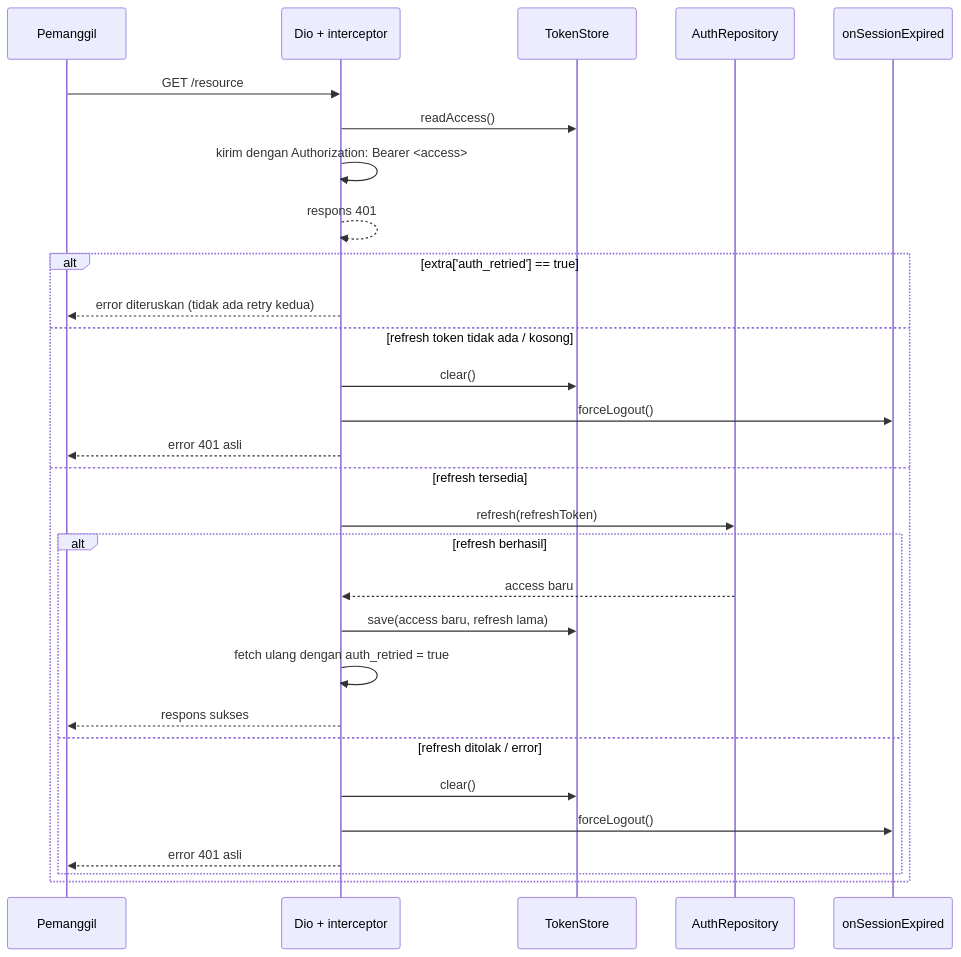
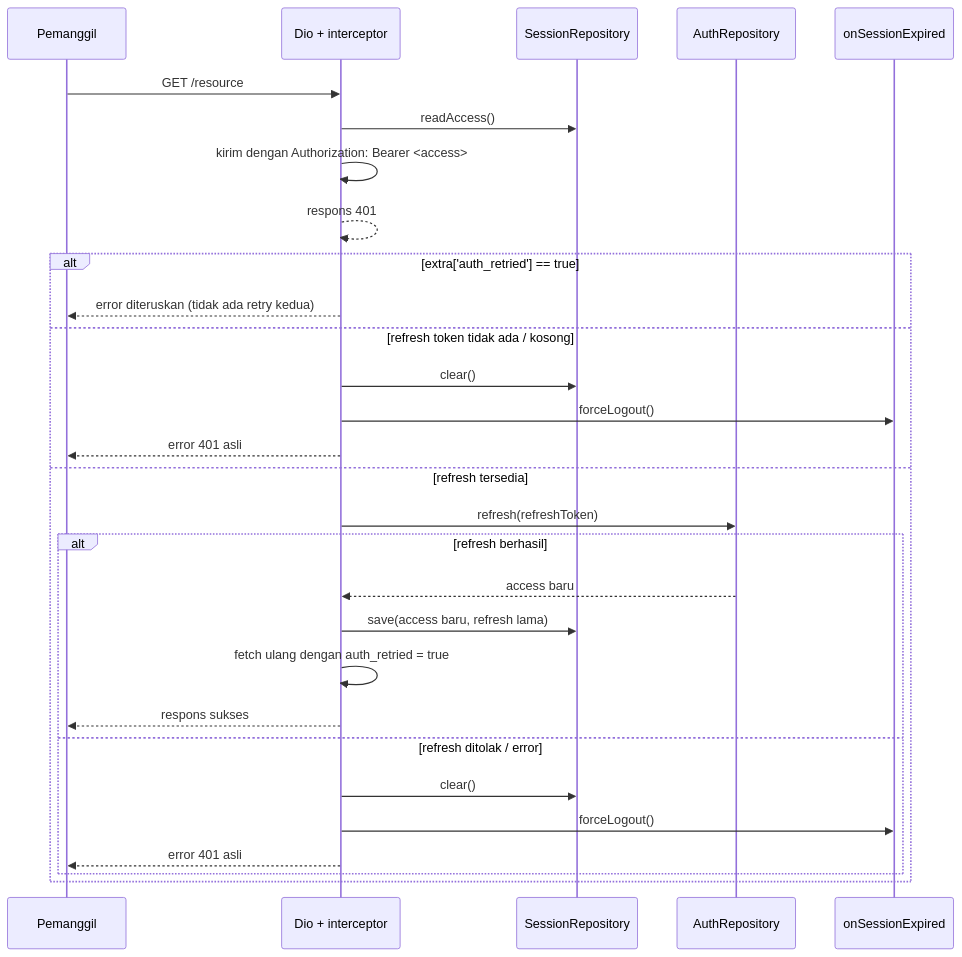
One commit to HooroBoy/244107020132-mobile-course changed the fifth of 9 diagrams in Week10/campusnotif/docs/arsitektur.md. Above: the diagram before and after it, drawn with Mermaid. The commit also changed other lines of this file and 84 other files, not shown here.

````diff
--- a/Week10/campusnotif/docs/arsitektur.md
+++ b/Week10/campusnotif/docs/arsitektur.md
@@ -230,32 +240,32 @@
 ```mermaid
 sequenceDiagram
   participant C as Pemanggil
   participant D as Dio + interceptor
-  participant S as TokenStore
+  participant S as SessionRepository
   participant R as AuthRepository
   participant F as onSessionExpired
 
   C->>D: GET /resource
   D->>S: readAccess()
   D->>D: kirim dengan Authorization: Bearer <access>
   D-->>D: respons 401
   alt extra['auth_retried'] == true
     D-->>C: error diteruskan (tidak ada retry kedua)
   else refresh token tidak ada / kosong
     D->>S: clear()
     D->>F: forceLogout()
     D-->>C: error 401 asli
   else refresh tersedia
     D->>R: refresh(refreshToken)
     alt refresh berhasil
       R-->>D: access baru
       D->>S: save(access baru, refresh lama)
       D->>D: fetch ulang dengan auth_retried = true
       D-->>C: respons sukses
     else refresh ditolak / error
       D->>S: clear()
       D->>F: forceLogout()
       D-->>C: error 401 asli
     end
   end
 ```
````
